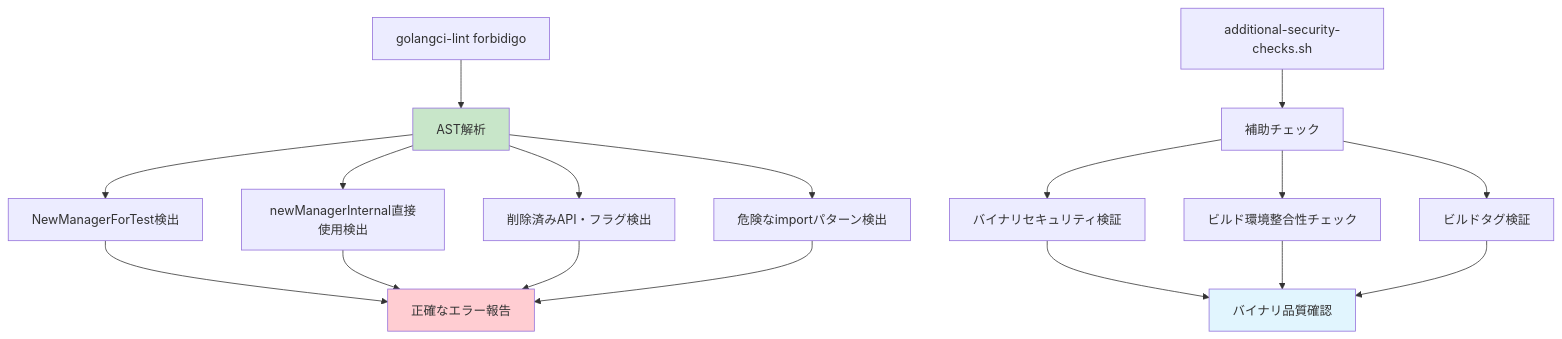
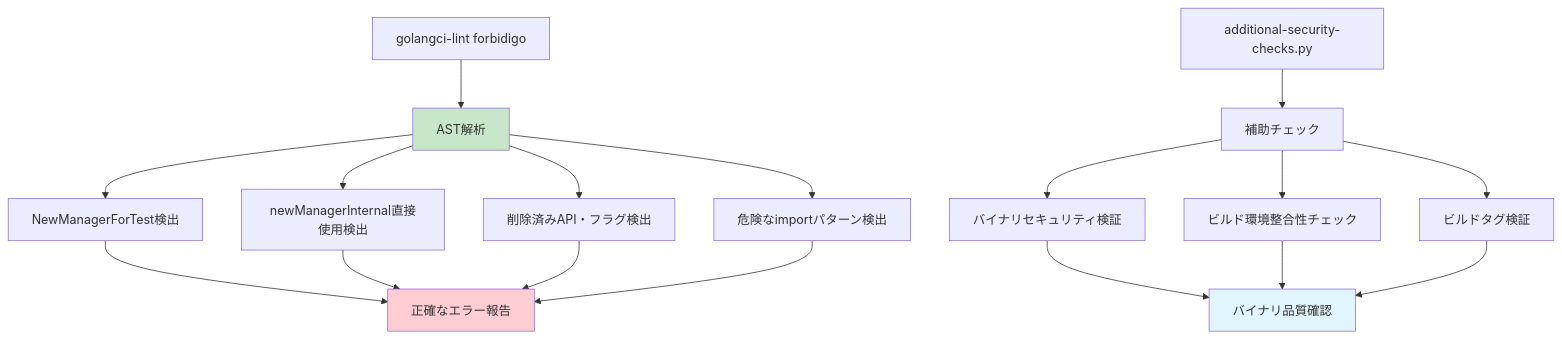
One commit to isseis/go-safe-cmd-runner changed the third of 4 diagrams in docs/tasks/0022_hash_directory_security_enhancement/04_implementation_plan.md. Above: the diagram before and after it, drawn with Mermaid. The commit also changed other lines of this file and 3 other files, not shown here.

Commit message:
refactor: rewrite additional-security-checks script in Python

````diff
--- a/docs/tasks/0022_hash_directory_security_enhancement/04_implementation_plan.md
+++ b/docs/tasks/0022_hash_directory_security_enhancement/04_implementation_plan.md
@@ -310,27 +310,27 @@
 ```mermaid
 graph TD
     A[golangci-lint forbidigo] --> B[AST解析]
-    C[additional-security-checks.sh] --> D[補助チェック]
+    C[additional-security-checks.py] --> D[補助チェック]
 
     B --> E[NewManagerForTest検出]
     B --> F[newManagerInternal直接使用検出]
     B --> G[削除済みAPI・フラグ検出]
     B --> H[危険なimportパターン検出]
 
     D --> I[バイナリセキュリティ検証]
     D --> J[ビルド環境整合性チェック]
     D --> K[ビルドタグ検証]
 
     E --> L[正確なエラー報告]
     F --> L
     G --> L
     H --> L
 
     I --> M[バイナリ品質確認]
     J --> M
     K --> M
 
     style B fill:#c8e6c9
     style L fill:#ffcdd2
     style M fill:#e1f5fe
 ```
````
